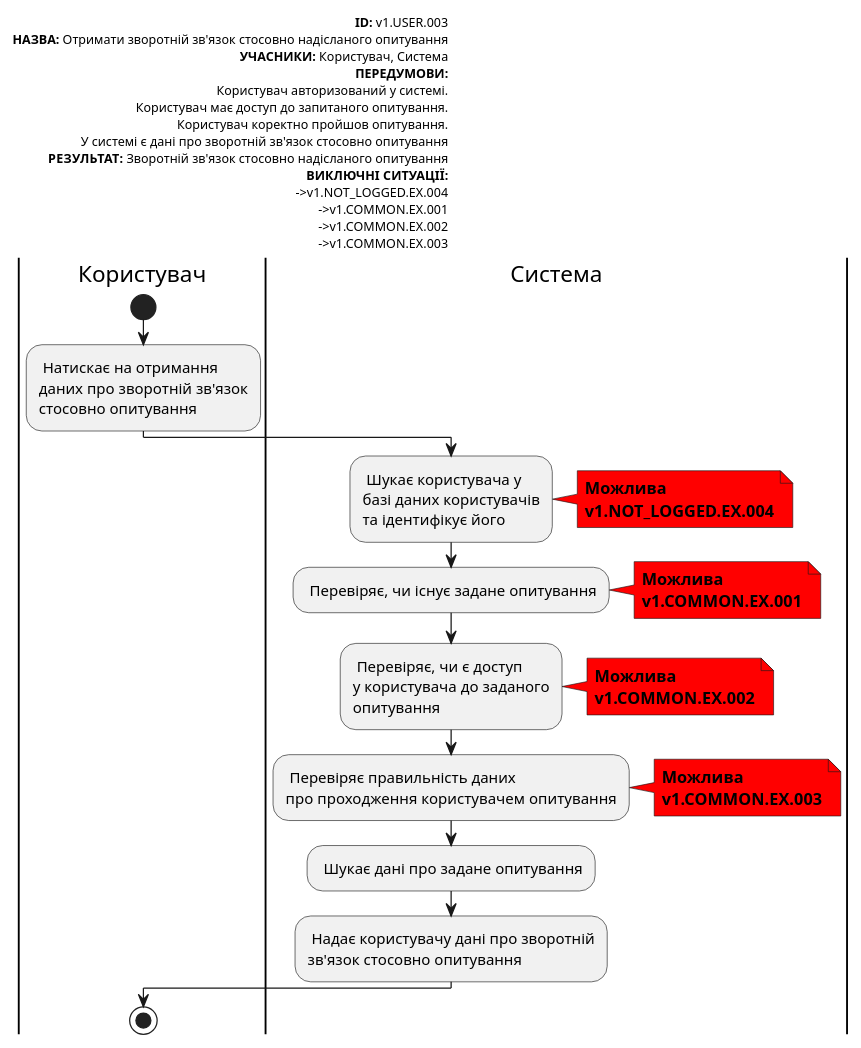
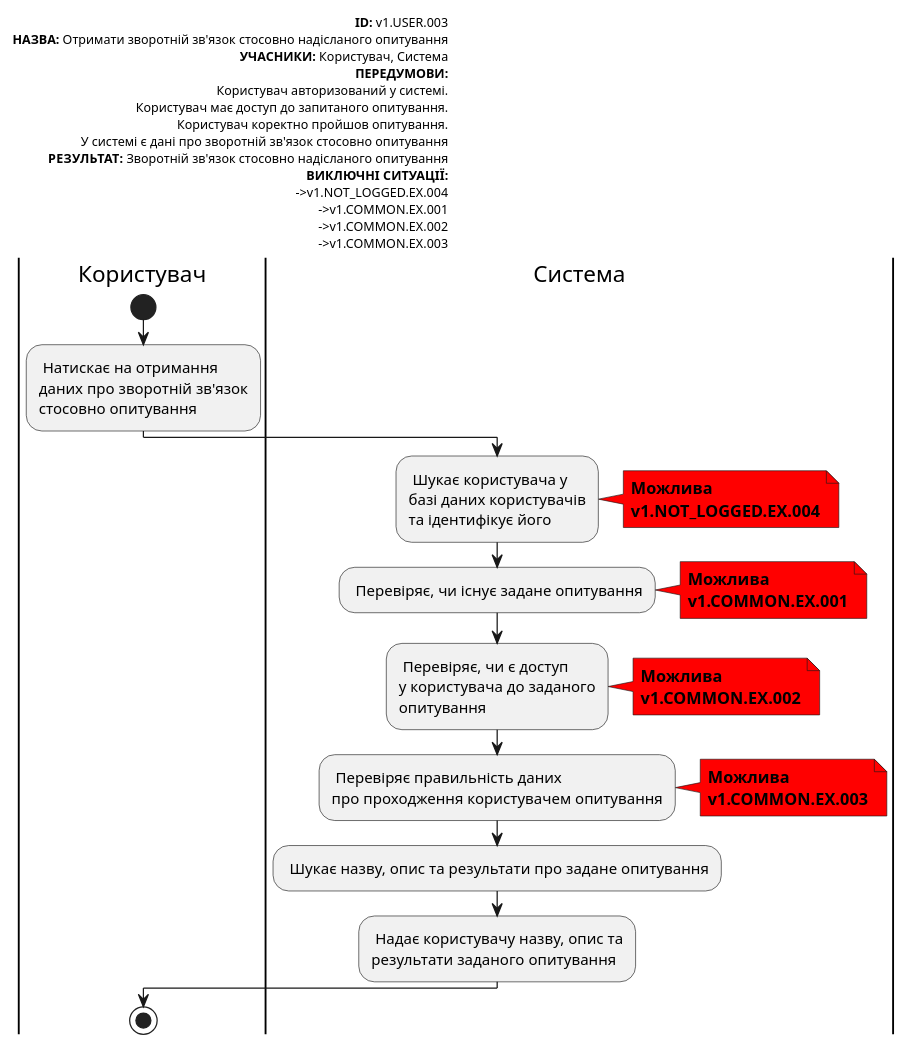
The fifth of 18 diagrams in docs/use cases/README.md (Znskiy/survey-expert), drawn with PlantUML before and after one commit. The commit also changed other lines of this file, not shown here.

```diff
--- a/docs/use cases/README.md
+++ b/docs/use cases/README.md
@@ -214,65 +215,65 @@
   @startuml
 
       left header
            <font color=000 size=10><b>ID:</b> v1.USER.003
            <font color=000 size=10><b>НАЗВА:</b> Отримати зворотній зв'язок стосовно надісланого опитування
            <font color=000 size=10><b>УЧАСНИКИ:</b> Користувач, Система
            <font color=000 size=10><b>ПЕРЕДУМОВИ:</b>
            <font color=000 size=10>Користувач авторизований у системі.
            <font color=000 size=10>Користувач має доступ до запитаного опитування.
            <font color=000 size=10>Користувач коректно пройшов опитування.
            <font color=000 size=10>У системі є дані про зворотній зв'язок стосовно опитування
            <font color=000 size=10><b>РЕЗУЛЬТАТ:</b> Зворотній зв'язок стосовно надісланого опитування
            <font color=000 size=10><b>ВИКЛЮЧНІ СИТУАЦІЇ:</b>
            <font color=000 size=10>->v1.NOT_LOGGED.EX.004
            <font color=000 size=10>->v1.COMMON.EX.001
            <font color=000 size=10>->v1.COMMON.EX.002
            <font color=000 size=10>->v1.COMMON.EX.003
        end header
        |Користувач|
            start
            : Натискає на отримання
            даних про зворотній зв'язок
            стосовно опитування;
        |Система|
            : Шукає користувача у
            базі даних користувачів
            та ідентифікує його;
 
            note right #ff0000
            <b>Можлива</b>
            <b>v1.NOT_LOGGED.EX.004</b>
            end note
 
            : Перевіряє, чи існує задане опитування;
 
            note right #ff0000
            <b>Можлива</b>
            <b>v1.COMMON.EX.001</b>
            end note
 
            : Перевіряє, чи є доступ
            у користувача до заданого
            опитування;
 
            note right #ff0000
            <b>Можлива</b>
            <b>v1.COMMON.EX.002</b>
            end note
 
            : Перевіряє правильність даних
            про проходження користувачем опитування;
 
            note right #ff0000
            <b>Можлива</b>
            <b>v1.COMMON.EX.003</b>
            end note
 
-           : Шукає дані про задане опитування;
+           : Шукає назву, опис та результати про задане опитування;
 
-           : Надає користувачу дані про зворотній
-           зв'язок стосовно опитування;
+           : Надає користувачу назву, опис та 
+           результати заданого опитування;
        |Користувач|
            stop;
 
   @enduml
```
